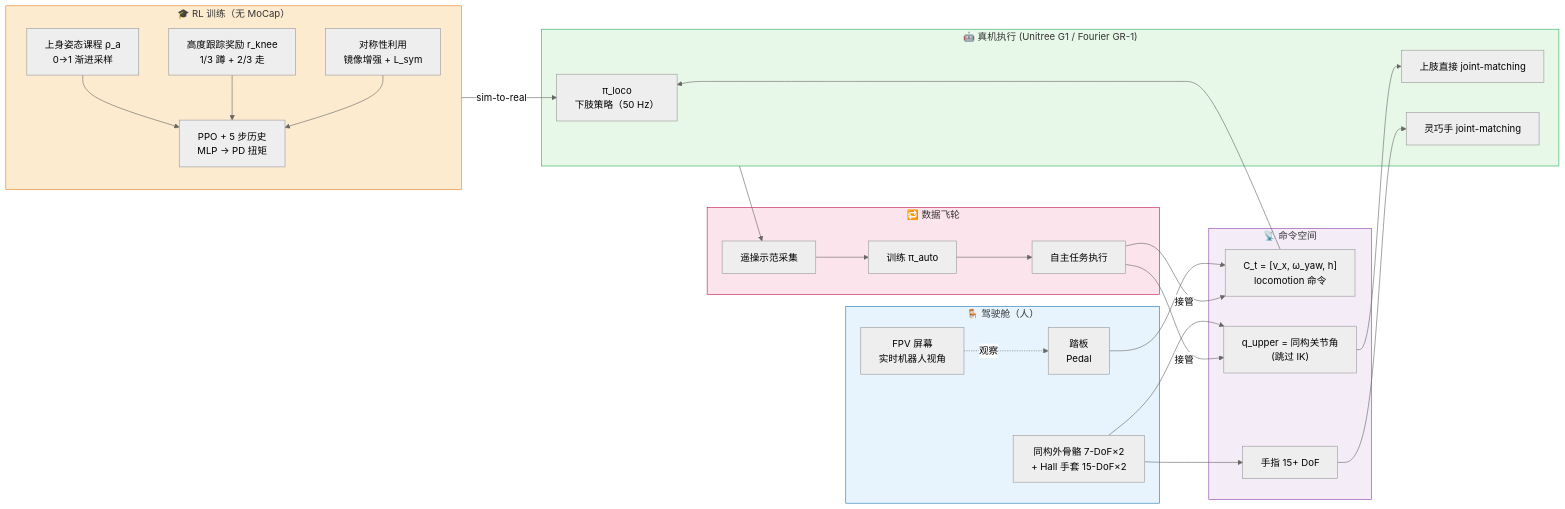
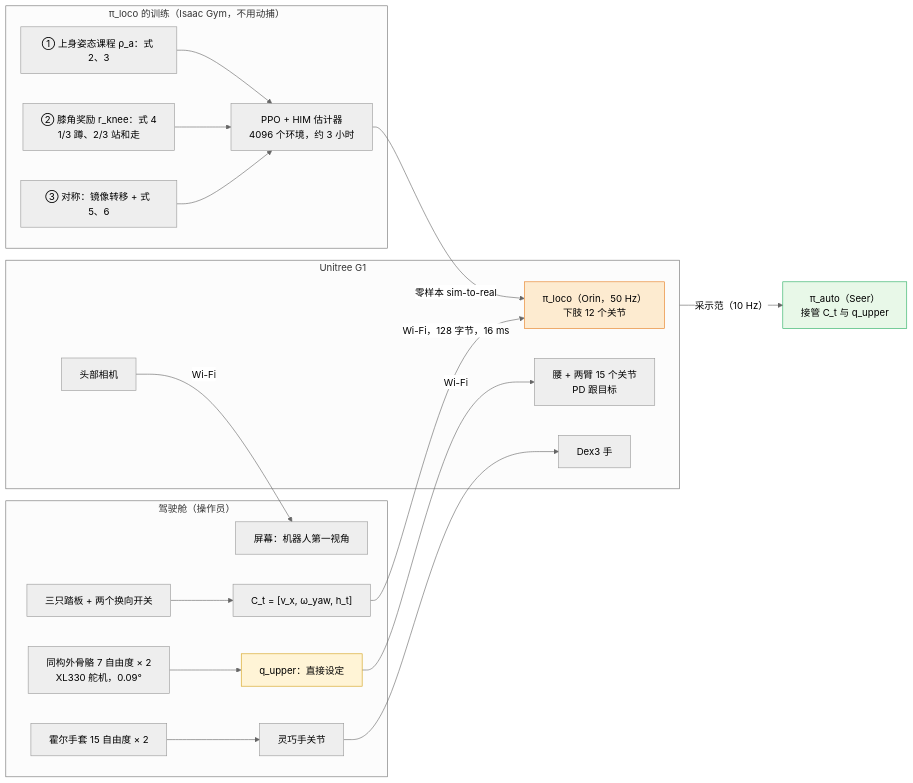
One commit to ImChong/Robot_Learning_Paper_Notebooks changed the second of 2 diagrams in papers/03_High_Impact_Selection/HOMIE_Humanoid_Loco-Manipulation_with_Isomorphic_Exoskeleton_Cockpit/HOMIE_Humanoid_Loco-Manipulation_with_Isomorphic_Exoskeleton_Cockpit.md. Above: the diagram before and after it, drawn with Mermaid (neutral theme). The commit also changed other lines of this file and 49 other files, not shown here.

```diff
--- a/papers/03_High_Impact_Selection/HOMIE_Humanoid_Loco-Manipulation_with_Isomorphic_Exoskeleton_Cockpit/HOMIE_Humanoid_Loco-Manipulation_with_Isomorphic_Exoskeleton_Cockpit.md
+++ b/papers/03_High_Impact_Selection/HOMIE_Humanoid_Loco-Manipulation_with_Isomorphic_Exoskeleton_Cockpit/HOMIE_Humanoid_Loco-Manipulation_with_Isomorphic_Exoskeleton_Cockpit.md
@@ -131,55 +160,26 @@
 <div class="mermaid">
 flowchart LR
-    subgraph COCKPIT["🪑 驾驶舱（人）"]
-        P1["踏板<br/>Pedal"]
-        P2["同构外骨骼 7-DoF×2<br/>+ Hall 手套 15-DoF×2"]
-        P3["FPV 屏幕<br/>实时机器人视角"]
+    subgraph COCKPIT["驾驶舱（操作员）"]
+        P["三只踏板 + 两个换向开关"] --> C["C_t = [v_x, ω_yaw, h_t]"]
+        E["同构外骨骼 7 自由度 × 2<br/>XL330 舵机，0.09°"] --> U["q_upper：直接设定"]
+        G["霍尔手套 15 自由度 × 2"] --> F["灵巧手关节"]
+        S["屏幕：机器人第一视角"]
     end
+    subgraph ROBOT["Unitree G1"]
+        C -->|"Wi-Fi，128 字节，16 ms"| L["π_loco（Orin，50 Hz）<br/>下肢 12 个关节"]
+        U -->|"Wi-Fi"| UP["腰 + 两臂 15 个关节<br/>PD 跟目标"]
+        F --> H["Dex3 手"]
+        CAM["头部相机"] -->|"Wi-Fi"| S
+    end
+    subgraph TRAIN["π_loco 的训练（Isaac Gym，不用动捕）"]
+        T1["① 上身姿态课程 ρ_a：式 2、3"] --> PPO["PPO + HIM 估计器<br/>4096 个环境，约 3 小时"]
+        T2["② 膝角奖励 r_knee：式 4<br/>1/3 蹲、2/3 站和走"] --> PPO
+        T3["③ 对称：镜像转移 + 式 5、6"] --> PPO
+    end
+    PPO -->|"零样本 sim-to-real"| L
+    ROBOT -->|"采示范（10 Hz）"| IL["π_auto（Seer）<br/>接管 C_t 与 q_upper"]
 
-    subgraph CMD["📡 命令空间"]
-        C1["C_t = [v_x, ω_yaw, h]<br/>locomotion 命令"]
-        C2["q_upper = 同构关节角<br/>(跳过 IK)"]
-        C3["手指 15+ DoF"]
-    end
-
-    subgraph TRAIN["🎓 RL 训练（无 MoCap）"]
-        T1["上身姿态课程 ρ_a<br/>0→1 渐进采样"]
-        T2["高度跟踪奖励 r_knee<br/>1/3 蹲 + 2/3 走"]
-        T3["对称性利用<br/>镜像增强 + L_sym"]
-        T4["PPO + 5 步历史<br/>MLP → PD 扭矩"]
-        T1 --> T4
-        T2 --> T4
-        T3 --> T4
-    end
-
-    subgraph ROBOT["🤖 真机执行 (Unitree G1 / Fourier GR-1)"]
-        R1["π_loco<br/>下肢策略（50 Hz）"]
-        R2["上肢直接 joint-matching"]
-        R3["灵巧手 joint-matching"]
-    end
-
-    subgraph FLYWHEEL["🔁 数据飞轮"]
-        F1["遥操示范采集"]
-        F2["训练 π_auto"]
-        F3["自主任务执行"]
-        F1 --> F2 --> F3
-    end
-
-    P1 --> C1
-    P2 --> C2
-    P2 --> C3
-    P3 -.观察.-> P1
-    TRAIN -->|sim-to-real| R1
-    C1 --> R1
-    C2 --> R2
-    C3 --> R3
-    ROBOT --> F1
-    F3 -->|接管| C1
-    F3 -->|接管| C2
-
-    style COCKPIT fill:#e8f4fd,stroke:#1f78b4
-    style CMD fill:#f4ecf7,stroke:#8e44ad
-    style TRAIN fill:#fdebd0,stroke:#e67e22
-    style ROBOT fill:#e8f8e8,stroke:#27ae60
-    style FLYWHEEL fill:#fce4ec,stroke:#c2185b
+    style L fill:#fdebd0,stroke:#e67e22
+    style U fill:#fff4d6,stroke:#d4a017
+    style IL fill:#e8f8e8,stroke:#27ae60
 </div>
```
